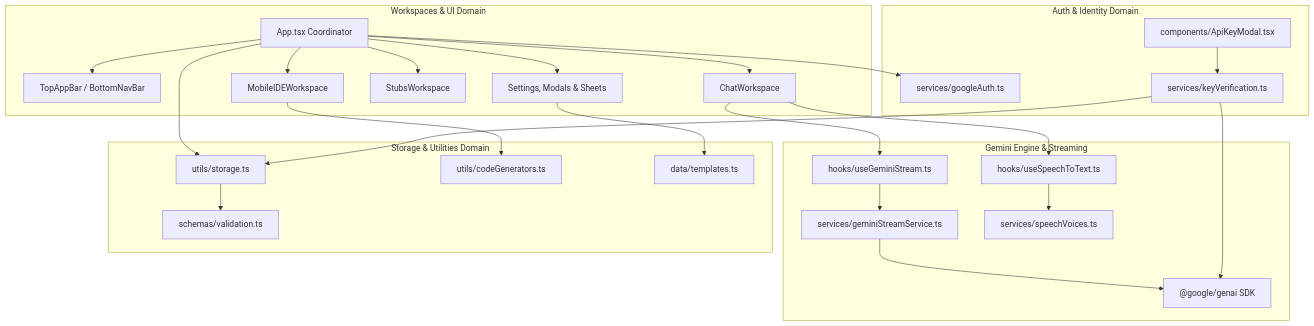
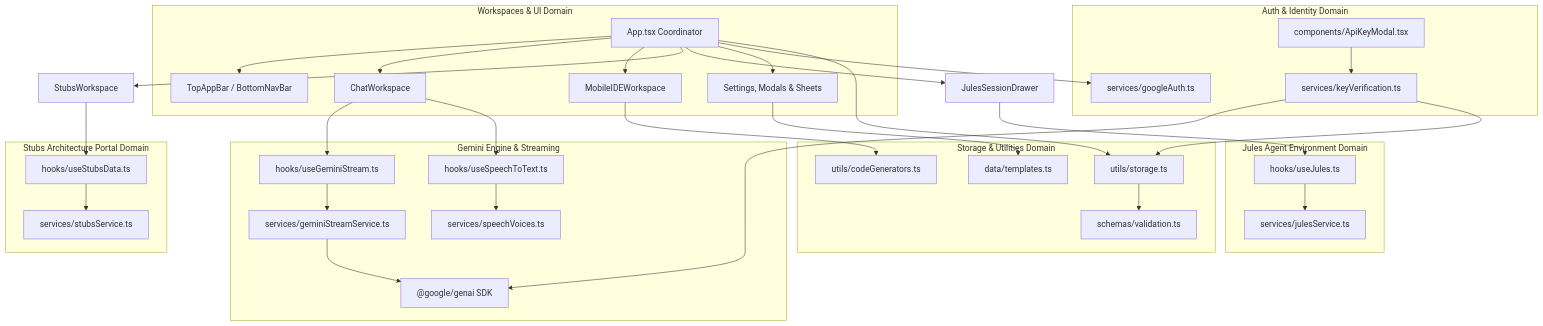
The diagram in knowledge/architecture/context-map.md (BicycleButler/ai-studio-mobile), drawn with Mermaid before and after one commit. The commit also changed other lines of this file and 12 other files, not shown here.

````diff
--- a/knowledge/architecture/context-map.md
+++ b/knowledge/architecture/context-map.md
@@ -29,54 +31,68 @@
 ```mermaid
 flowchart TB
   subgraph UI_Layer ["Workspaces & UI Domain"]
     TopNav["TopAppBar / BottomNavBar"]
     AppRoot["App.tsx Coordinator"]
     Chat["ChatWorkspace"]
     MobileIDE["MobileIDEWorkspace"]
-    Stubs["StubsWorkspace"]
-    Modals["Settings, Modals & Sheets"]
+      Modals["Settings, Modals & Sheets"]
   end
 
   subgraph Auth_Domain ["Auth & Identity Domain"]
     GoogleAuth["services/googleAuth.ts"]
     KeyVerify["services/keyVerification.ts"]
     ApiKeyModal["components/ApiKeyModal.tsx"]
   end
 
   subgraph Engine_Domain ["Gemini Engine & Streaming"]
     StreamService["services/geminiStreamService.ts"]
     StreamHook["hooks/useGeminiStream.ts"]
     SpeechVoice["services/speechVoices.ts"]
     SpeechHook["hooks/useSpeechToText.ts"]
     GenAISDK["@google/genai SDK"]
   end
 
+  subgraph Stubs_Domain ["Stubs Architecture Portal Domain"]
+    StubsService["services/stubsService.ts"]
+    StubsData["hooks/useStubsData.ts"]
+  end
+
+  subgraph Jules_Domain ["Jules Agent Environment Domain"]
+    JulesService["services/julesService.ts"]
+    JulesData["hooks/useJules.ts"]
+  end
+
   subgraph Storage_Domain ["Storage & Utilities Domain"]
     StorageUtil["utils/storage.ts"]
     ValidationSchema["schemas/validation.ts"]
     CodeGenerators["utils/codeGenerators.ts"]
     TemplatesData["data/templates.ts"]
   end
 
   %% Relationships
   AppRoot --> TopNav
-  AppRoot --> Chat & MobileIDE & Stubs
+  AppRoot --> Chat & MobileIDE & StubsWorkspace
+  AppRoot --> JulesSessionDrawer
   AppRoot --> Modals
   AppRoot --> GoogleAuth
   AppRoot --> StorageUtil
 
   Chat --> StreamHook
   StreamHook --> StreamService
   StreamService --> GenAISDK
 
   Chat --> SpeechHook
   SpeechHook --> SpeechVoice
 
   ApiKeyModal --> KeyVerify
   KeyVerify --> GenAISDK
   KeyVerify --> StorageUtil
 
   MobileIDE --> CodeGenerators
+  StubsWorkspace --> StubsData
+  StubsData --> StubsService
+  JulesSessionDrawer --> JulesData
+  JulesData --> JulesService
   StorageUtil --> ValidationSchema
   Modals --> TemplatesData
 ```
````
